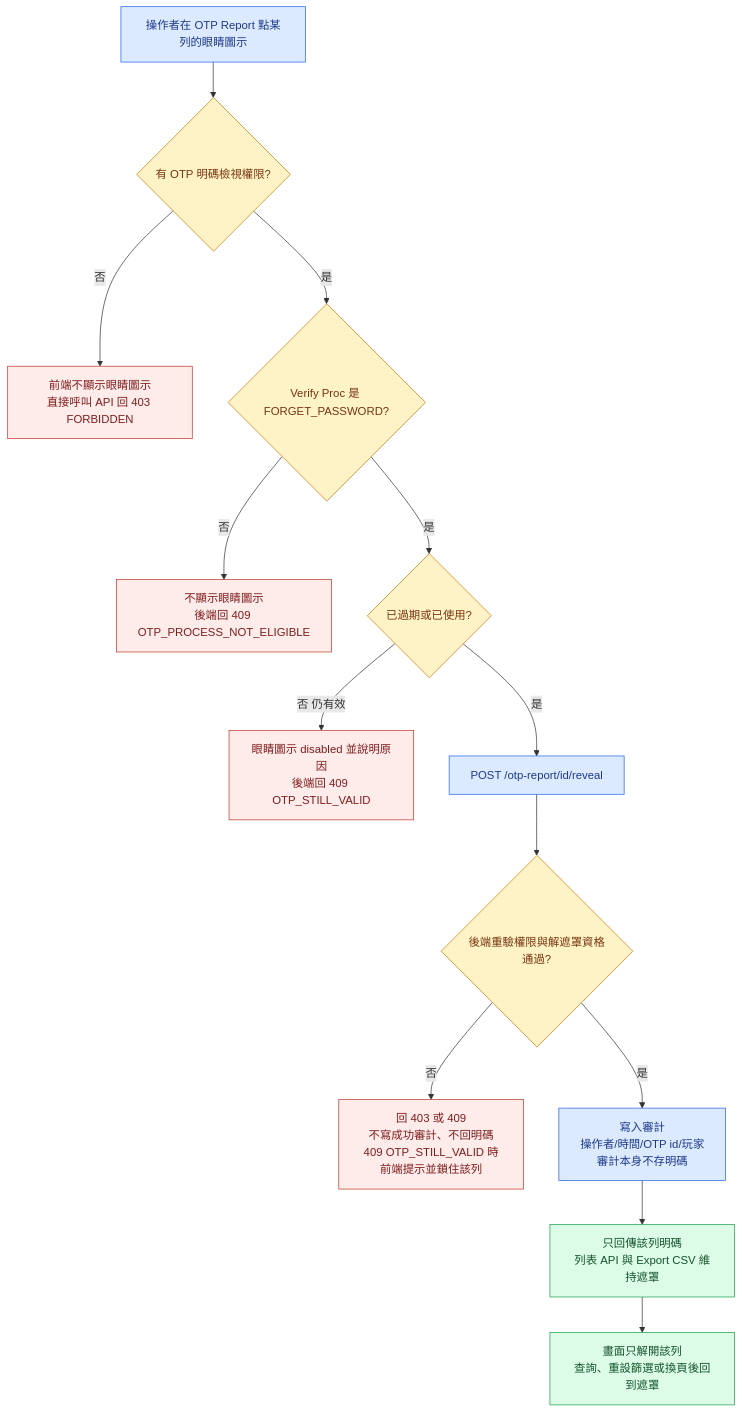
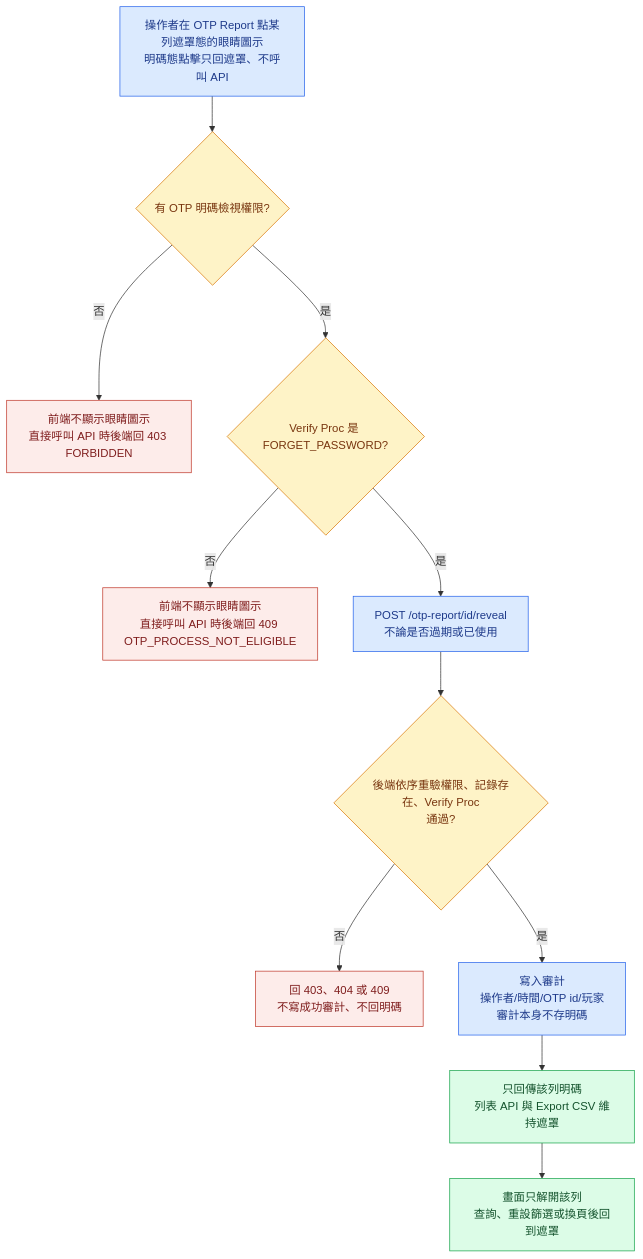
One commit to guswei/betally-bo-mockup changed the diagram in otp-unmask/otp_unmask_flow.mmd. Above: the diagram before and after it, drawn with Mermaid. The commit also changed 6 other files, not shown here.

First line of the commit message:
Open OTP unmask to valid codes and add demo video (PRD v1.4)

```diff
--- a/otp-unmask/otp_unmask_flow.mmd
+++ b/otp-unmask/otp_unmask_flow.mmd
@@ -1,21 +1,19 @@
 flowchart TD
-  A[操作者在 OTP Report 點某列的眼睛圖示] --> B{有 OTP 明碼檢視權限?}
-  B -->|否| C[前端不顯示眼睛圖示<br/>直接呼叫 API 回 403 FORBIDDEN]
+  A[操作者在 OTP Report 點某列遮罩態的眼睛圖示<br/>明碼態點擊只回遮罩、不呼叫 API] --> B{有 OTP 明碼檢視權限?}
+  B -->|否| C[前端不顯示眼睛圖示<br/>直接呼叫 API 時後端回 403 FORBIDDEN]
   B -->|是| D{Verify Proc 是 FORGET_PASSWORD?}
-  D -->|否| E[不顯示眼睛圖示<br/>後端回 409 OTP_PROCESS_NOT_ELIGIBLE]
-  D -->|是| F{已過期或已使用?}
-  F -->|否 仍有效| G[眼睛圖示 disabled 並說明原因<br/>後端回 409 OTP_STILL_VALID]
-  F -->|是| H[POST /otp-report/id/reveal]
-  H --> I{後端重驗權限與解遮罩資格<br/>通過?}
-  I -->|否| M[回 403 或 409<br/>不寫成功審計、不回明碼<br/>409 OTP_STILL_VALID 時前端提示並鎖住該列]
+  D -->|否| E[前端不顯示眼睛圖示<br/>直接呼叫 API 時後端回 409 OTP_PROCESS_NOT_ELIGIBLE]
+  D -->|是| H[POST /otp-report/id/reveal<br/>不論是否過期或已使用]
+  H --> I{後端依序重驗權限、記錄存在、Verify Proc<br/>通過?}
+  I -->|否| M[回 403、404 或 409<br/>不寫成功審計、不回明碼]
   I -->|是| J[寫入審計<br/>操作者/時間/OTP id/玩家<br/>審計本身不存明碼]
   J --> K[只回傳該列明碼<br/>列表 API 與 Export CSV 維持遮罩]
   K --> L[畫面只解開該列<br/>查詢、重設篩選或換頁後回到遮罩]
   classDef step fill:#dbeafe,stroke:#2563eb,color:#1e3a8a
   classDef dec  fill:#fef3c7,stroke:#d97706,color:#78350f
   classDef stop fill:#fdecea,stroke:#c0392b,color:#7f1d1d
   classDef done fill:#dcfce7,stroke:#16a34a,color:#14532d
   class A,H,J step
-  class B,D,F,I dec
-  class C,E,G,M stop
+  class B,D,I dec
+  class C,E,M stop
   class K,L done
```
